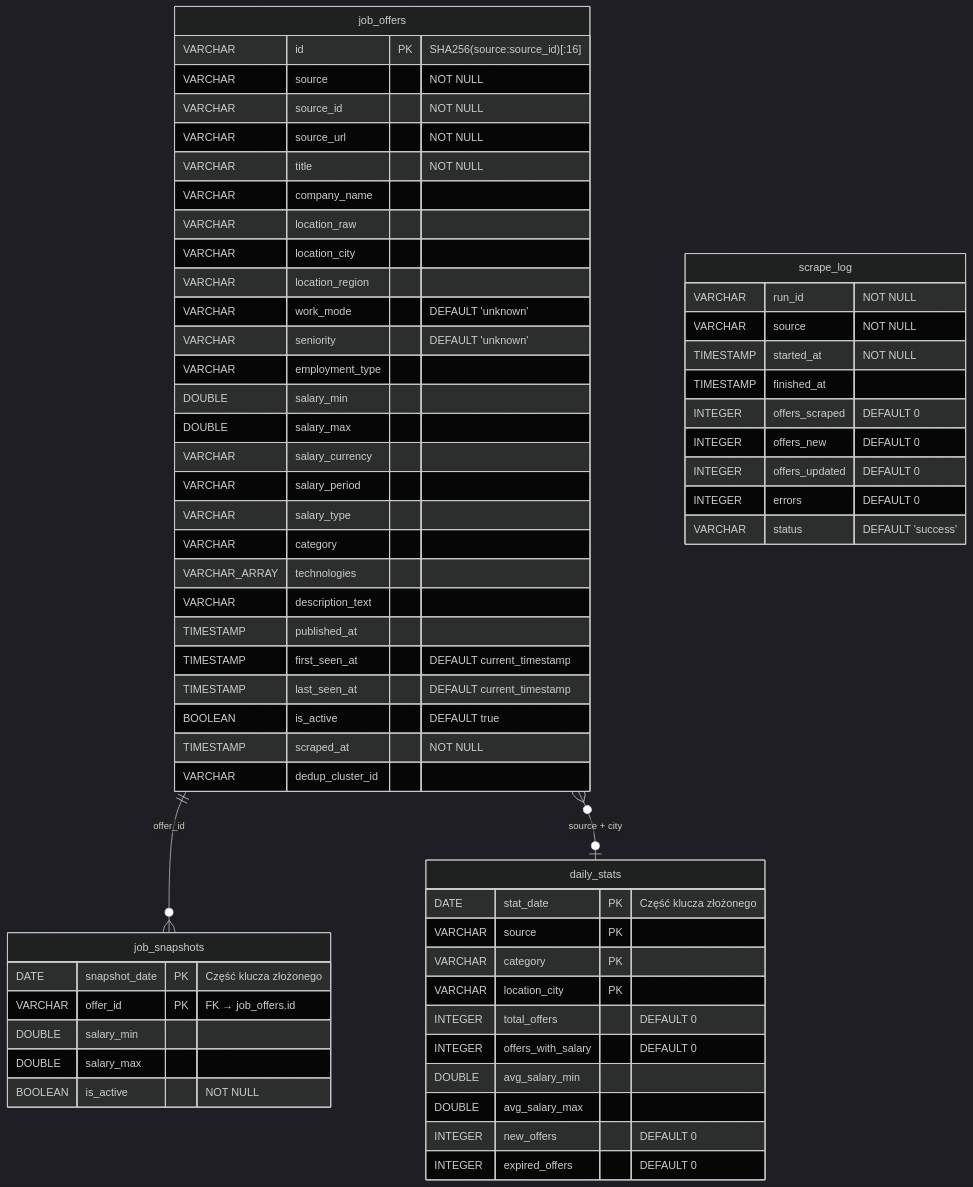
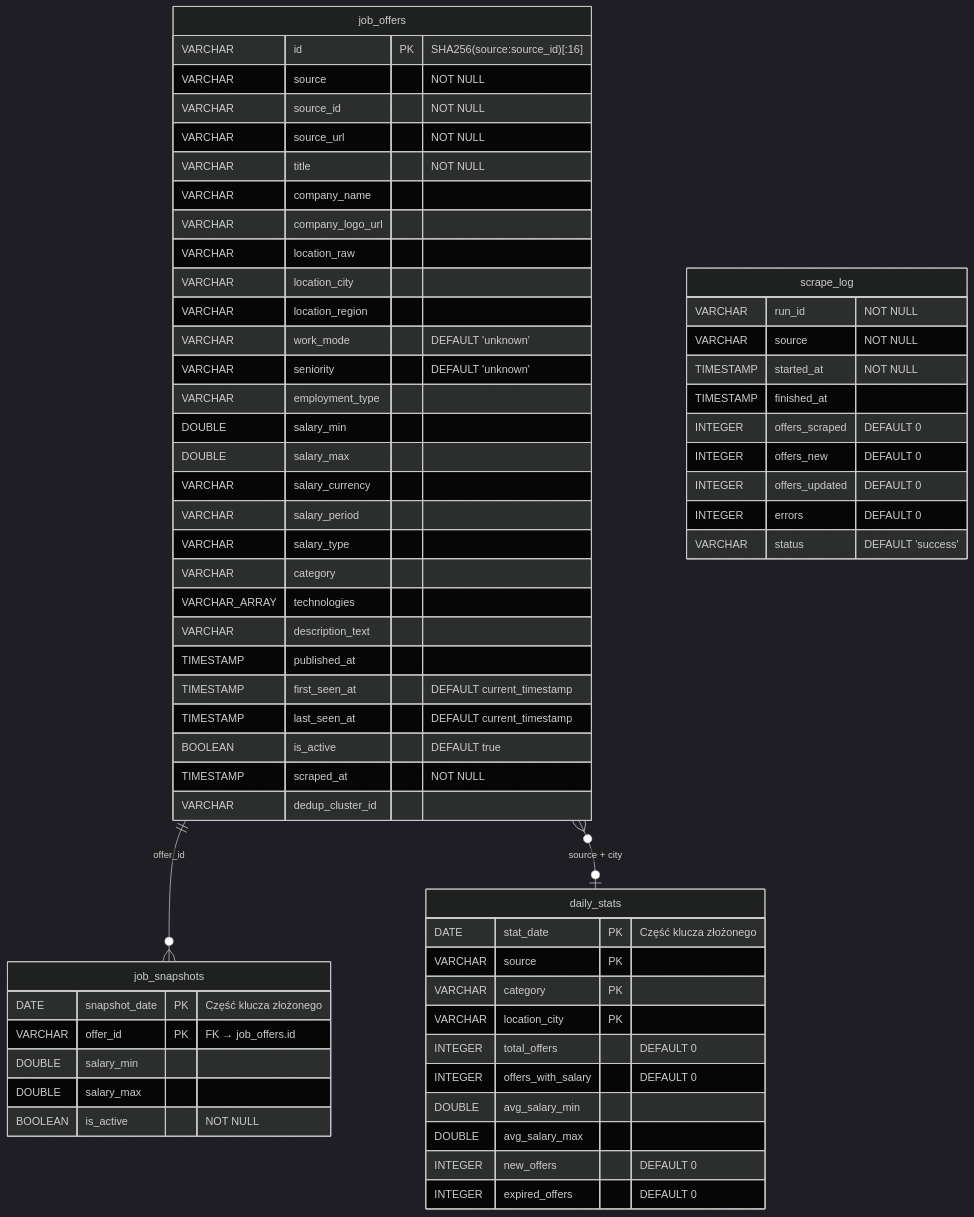
The first of 2 diagrams in docs/DATABASE_SCHEMA.md (mkonefal2/jobDB), drawn with Mermaid (dark theme) before and after one commit. The commit also changed other lines of this file and 31 other files, not shown here.

````diff
--- a/docs/DATABASE_SCHEMA.md
+++ b/docs/DATABASE_SCHEMA.md
@@ -9,67 +9,68 @@
 ```mermaid
 erDiagram
     job_offers {
         VARCHAR id PK "SHA256(source:source_id)[:16]"
         VARCHAR source "NOT NULL"
         VARCHAR source_id "NOT NULL"
         VARCHAR source_url "NOT NULL"
         VARCHAR title "NOT NULL"
         VARCHAR company_name
+        VARCHAR company_logo_url
         VARCHAR location_raw
         VARCHAR location_city
         VARCHAR location_region
         VARCHAR work_mode "DEFAULT 'unknown'"
         VARCHAR seniority "DEFAULT 'unknown'"
         VARCHAR employment_type
         DOUBLE salary_min
         DOUBLE salary_max
         VARCHAR salary_currency
         VARCHAR salary_period
         VARCHAR salary_type
         VARCHAR category
         VARCHAR_ARRAY technologies
         VARCHAR description_text
         TIMESTAMP published_at
         TIMESTAMP first_seen_at "DEFAULT current_timestamp"
         TIMESTAMP last_seen_at "DEFAULT current_timestamp"
         BOOLEAN is_active "DEFAULT true"
         TIMESTAMP scraped_at "NOT NULL"
         VARCHAR dedup_cluster_id
     }
 
     job_snapshots {
         DATE snapshot_date PK "Część klucza złożonego"
         VARCHAR offer_id PK "FK → job_offers.id"
         DOUBLE salary_min
         DOUBLE salary_max
         BOOLEAN is_active "NOT NULL"
     }
 
     daily_stats {
         DATE stat_date PK "Część klucza złożonego"
         VARCHAR source PK
         VARCHAR category PK
         VARCHAR location_city PK
         INTEGER total_offers "DEFAULT 0"
         INTEGER offers_with_salary "DEFAULT 0"
         DOUBLE avg_salary_min
         DOUBLE avg_salary_max
         INTEGER new_offers "DEFAULT 0"
         INTEGER expired_offers "DEFAULT 0"
     }
 
     scrape_log {
         VARCHAR run_id "NOT NULL"
         VARCHAR source "NOT NULL"
         TIMESTAMP started_at "NOT NULL"
         TIMESTAMP finished_at
         INTEGER offers_scraped "DEFAULT 0"
         INTEGER offers_new "DEFAULT 0"
         INTEGER offers_updated "DEFAULT 0"
         INTEGER errors "DEFAULT 0"
         VARCHAR status "DEFAULT 'success'"
     }
 
     job_offers ||--o{ job_snapshots : "offer_id"
     job_offers }o--o| daily_stats : "source + city"
 ```
````
